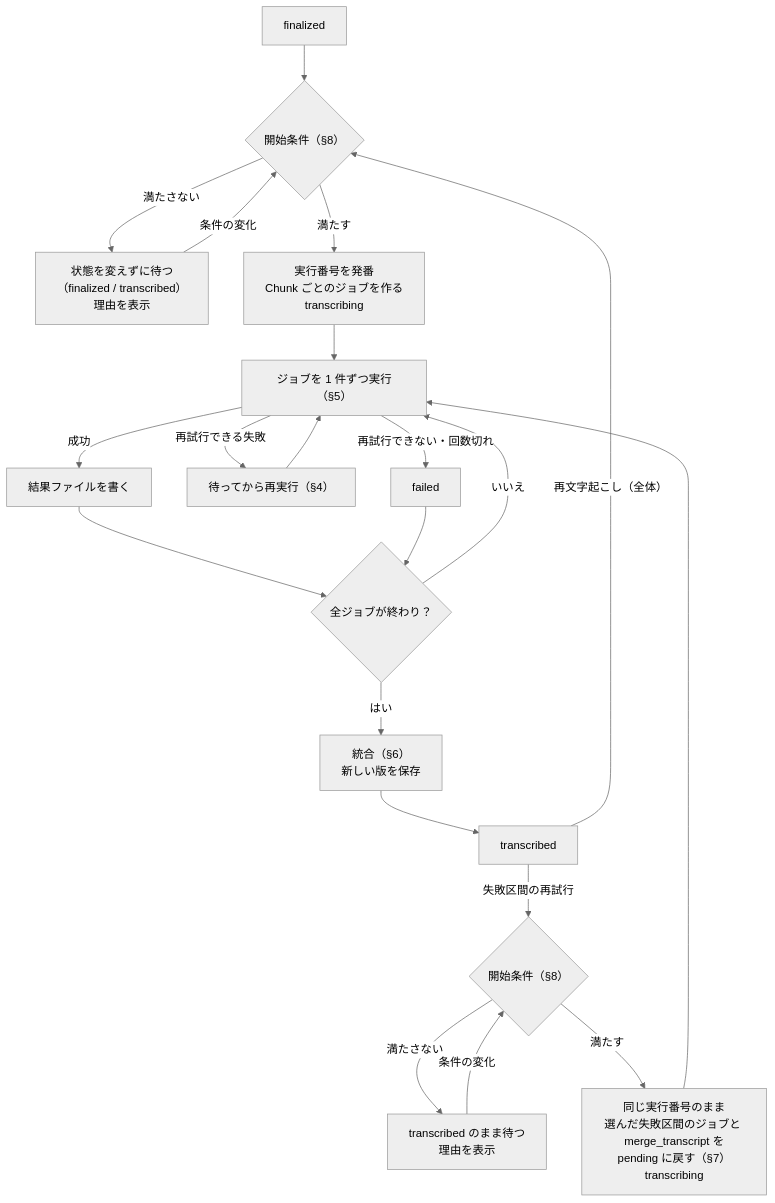
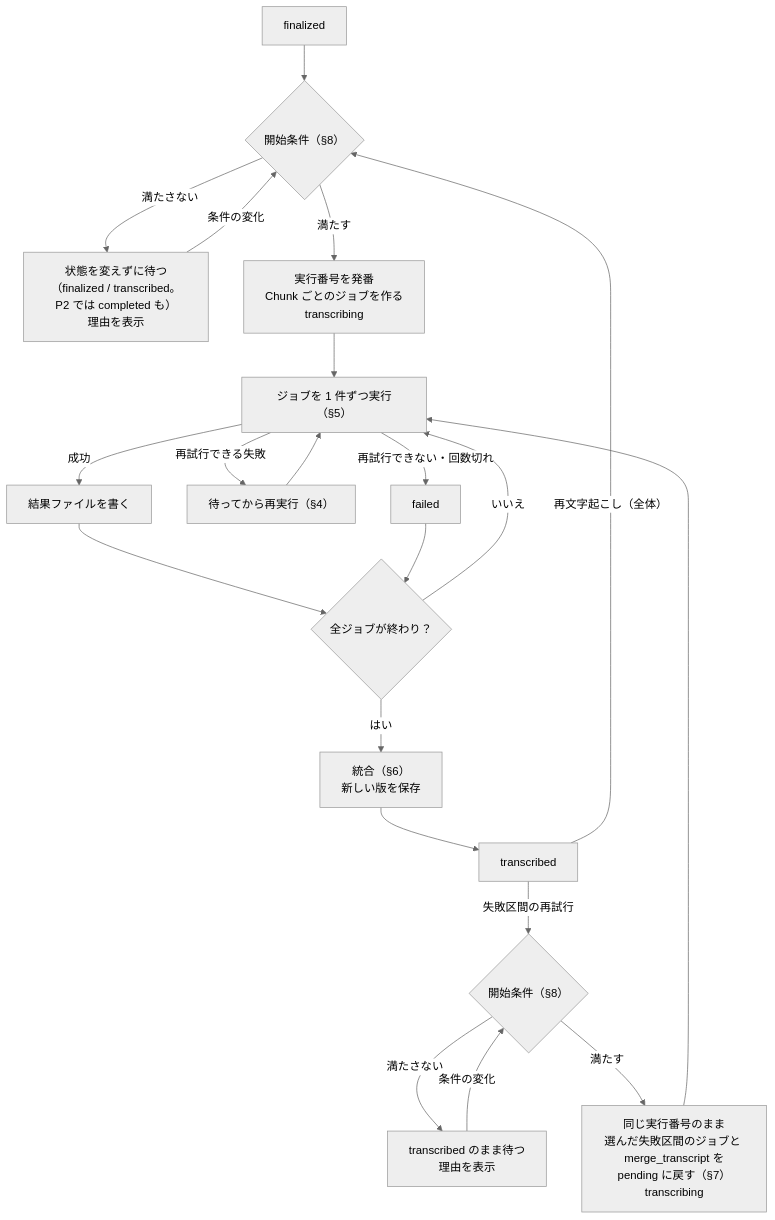
The first of 2 diagrams in docs/02-basic-design/transcription.md (myoshi2891/Minutes-Mobile), drawn with Mermaid (neutral theme) before and after one commit. The commit also changed other lines of this file and 1 other file, not shown here.

````diff
--- a/docs/02-basic-design/transcription.md
+++ b/docs/02-basic-design/transcription.md
@@ -39,23 +39,23 @@
 ```mermaid
 flowchart TB
     F["finalized"] --> C{"開始条件（§8）"}
-    C -->|"満たさない"| W["状態を変えずに待つ<br/>（finalized / transcribed）<br/>理由を表示"]
+    C -->|"満たさない"| W["状態を変えずに待つ<br/>（finalized / transcribed。P2 では completed も）<br/>理由を表示"]
     W -->|"条件の変化"| C
     C -->|"満たす"| R["実行番号を発番<br/>Chunk ごとのジョブを作る<br/>transcribing"]
     R --> J["ジョブを 1 件ずつ実行（§5）"]
     J -->|"成功"| O["結果ファイルを書く"]
     J -->|"再試行できる失敗"| B["待ってから再実行（§4）"]
     B --> J
     J -->|"再試行できない・回数切れ"| X["failed"]
     O --> A{"全ジョブが終わり？"}
     X --> A
     A -->|"いいえ"| J
     A -->|"はい"| M["統合（§6）<br/>新しい版を保存"]
     M --> T["transcribed"]
     T -->|"再文字起こし（全体）"| C
     T -->|"失敗区間の再試行"| C2{"開始条件（§8）"}
     C2 -->|"満たさない"| W2["transcribed のまま待つ<br/>理由を表示"]
     W2 -->|"条件の変化"| C2
     C2 -->|"満たす"| RT["同じ実行番号のまま<br/>選んだ失敗区間のジョブと merge_transcript を<br/>pending に戻す（§7）<br/>transcribing"]
     RT --> J
 ```
````
